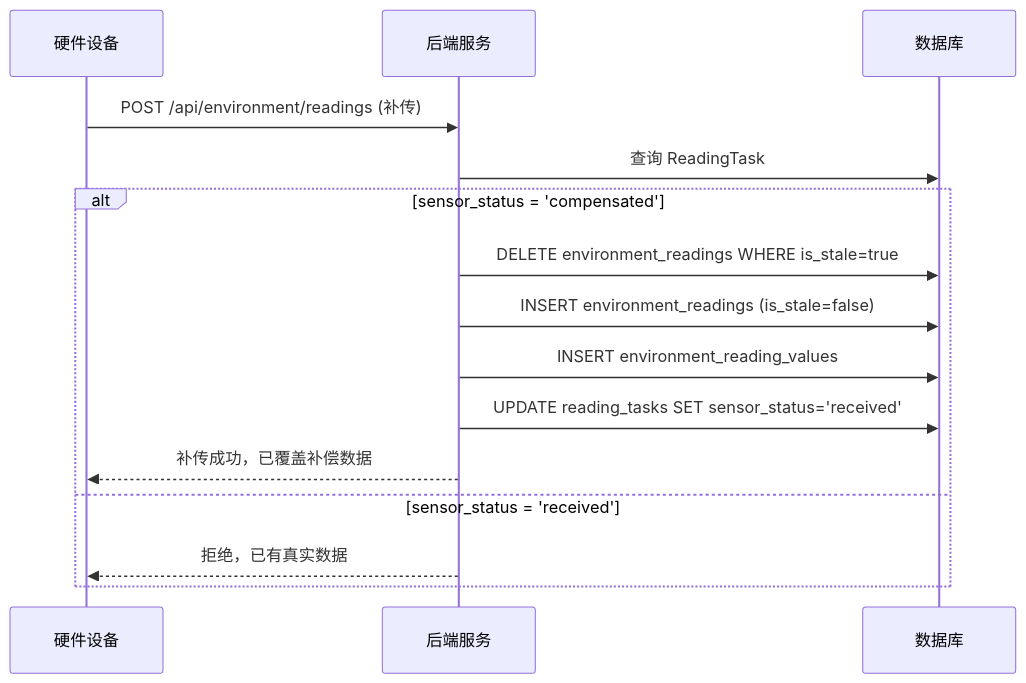
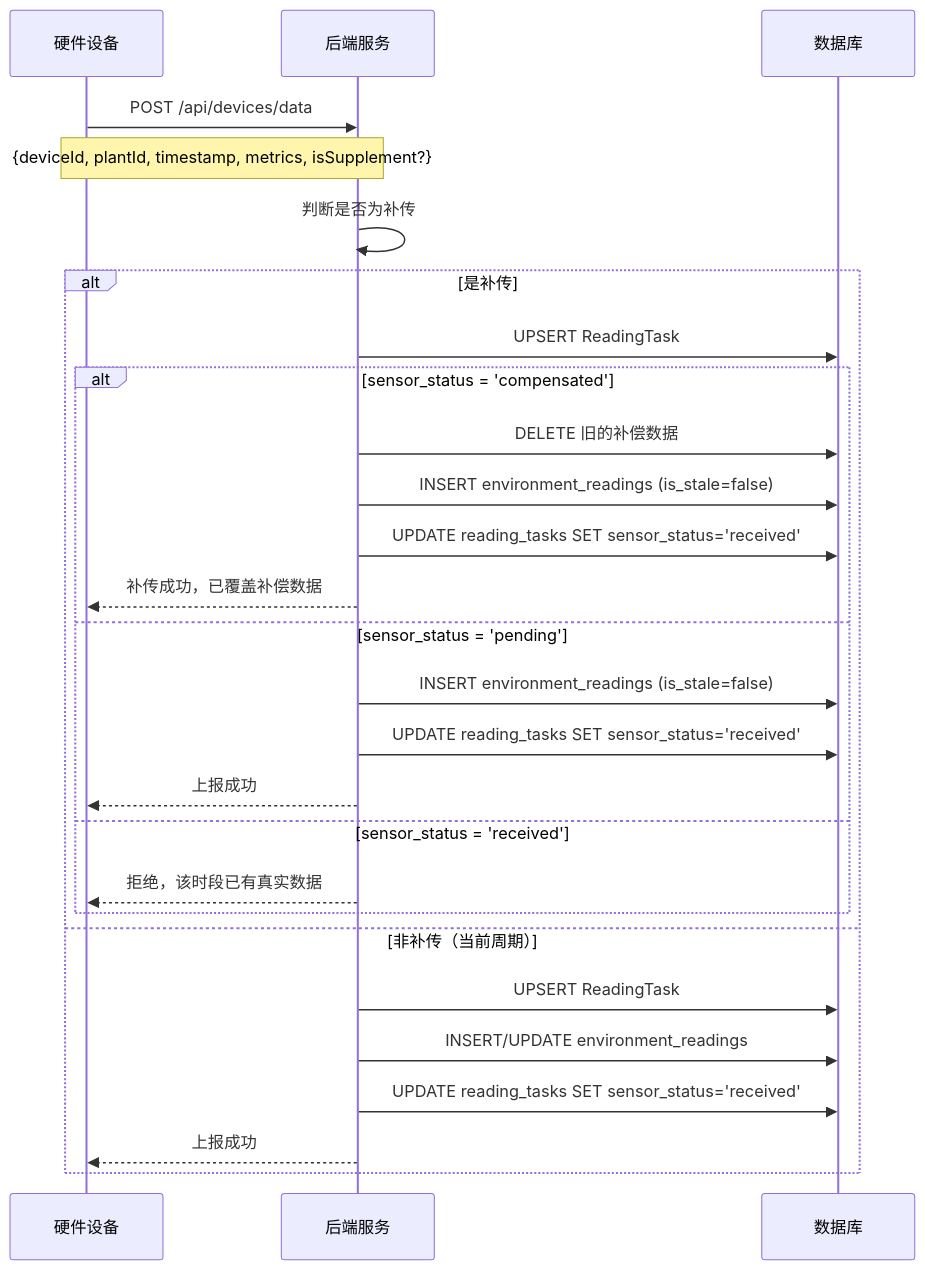
One commit to ShatterDusk/smart-garden-mvp changed the fifth of 7 diagrams in docs/05-process/04-环境数据流程.md. Above: the diagram before and after it, drawn with Mermaid. The commit also changed other lines of this file and 5 other files, not shown here.

````diff
--- a/docs/05-process/04-环境数据流程.md
+++ b/docs/05-process/04-环境数据流程.md
@@ -191,19 +274,33 @@
 ```mermaid
 sequenceDiagram
     participant Device as 硬件设备
     participant Backend as 后端服务
     participant DB as 数据库
 
-    Device->>Backend: POST /api/environment/readings (补传)
-    Backend->>DB: 查询 ReadingTask
+    Device->>Backend: POST /api/devices/data
+    Note over Device,Backend: {deviceId, plantId, timestamp, metrics, isSupplement?}
     
-    alt sensor_status = 'compensated'
-        Backend->>DB: DELETE environment_readings WHERE is_stale=true
-        Backend->>DB: INSERT environment_readings (is_stale=false)
-        Backend->>DB: INSERT environment_reading_values
+    Backend->>Backend: 判断是否为补传
+    
+    alt 是补传
+        Backend->>DB: UPSERT ReadingTask
+        
+        alt sensor_status = 'compensated'
+            Backend->>DB: DELETE 旧的补偿数据
+            Backend->>DB: INSERT environment_readings (is_stale=false)
+            Backend->>DB: UPDATE reading_tasks SET sensor_status='received'
+            Backend-->>Device: 补传成功，已覆盖补偿数据
+        else sensor_status = 'pending'
+            Backend->>DB: INSERT environment_readings (is_stale=false)
+            Backend->>DB: UPDATE reading_tasks SET sensor_status='received'
+            Backend-->>Device: 上报成功
+        else sensor_status = 'received'
+            Backend-->>Device: 拒绝，该时段已有真实数据
+        end
+    else 非补传（当前周期）
+        Backend->>DB: UPSERT ReadingTask
+        Backend->>DB: INSERT/UPDATE environment_readings
         Backend->>DB: UPDATE reading_tasks SET sensor_status='received'
-        Backend-->>Device: 补传成功，已覆盖补偿数据
-    else sensor_status = 'received'
-        Backend-->>Device: 拒绝，已有真实数据
+        Backend-->>Device: 上报成功
     end
 ```
````
